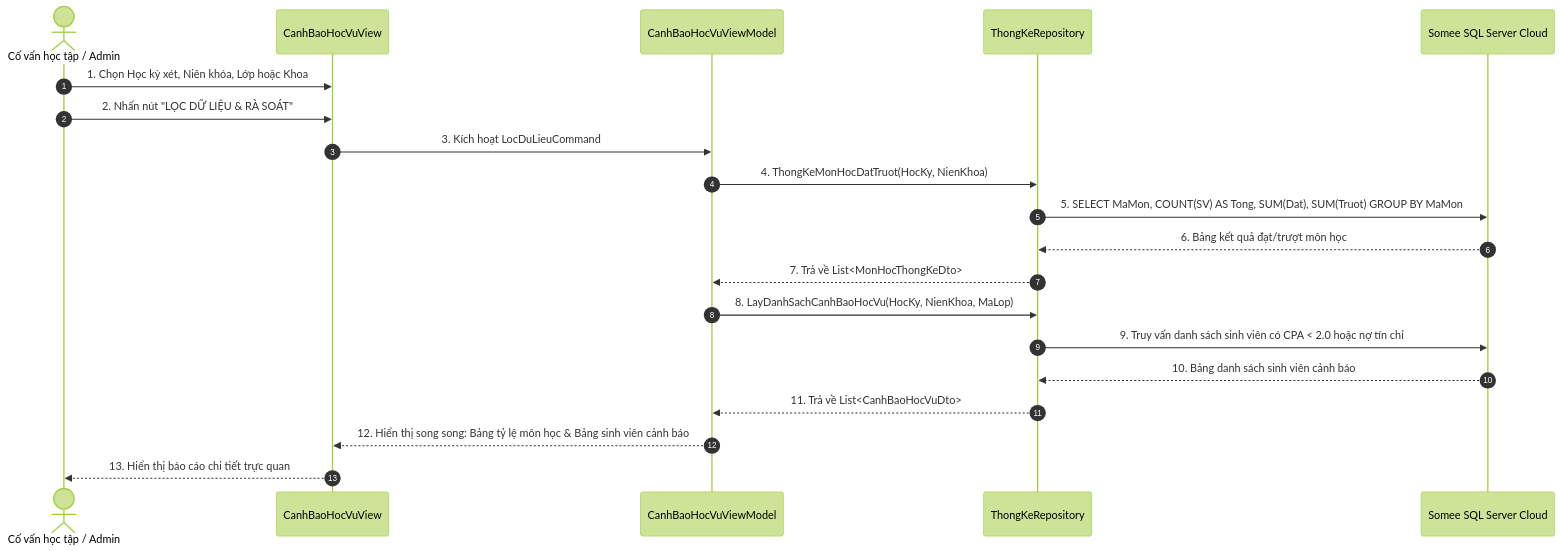
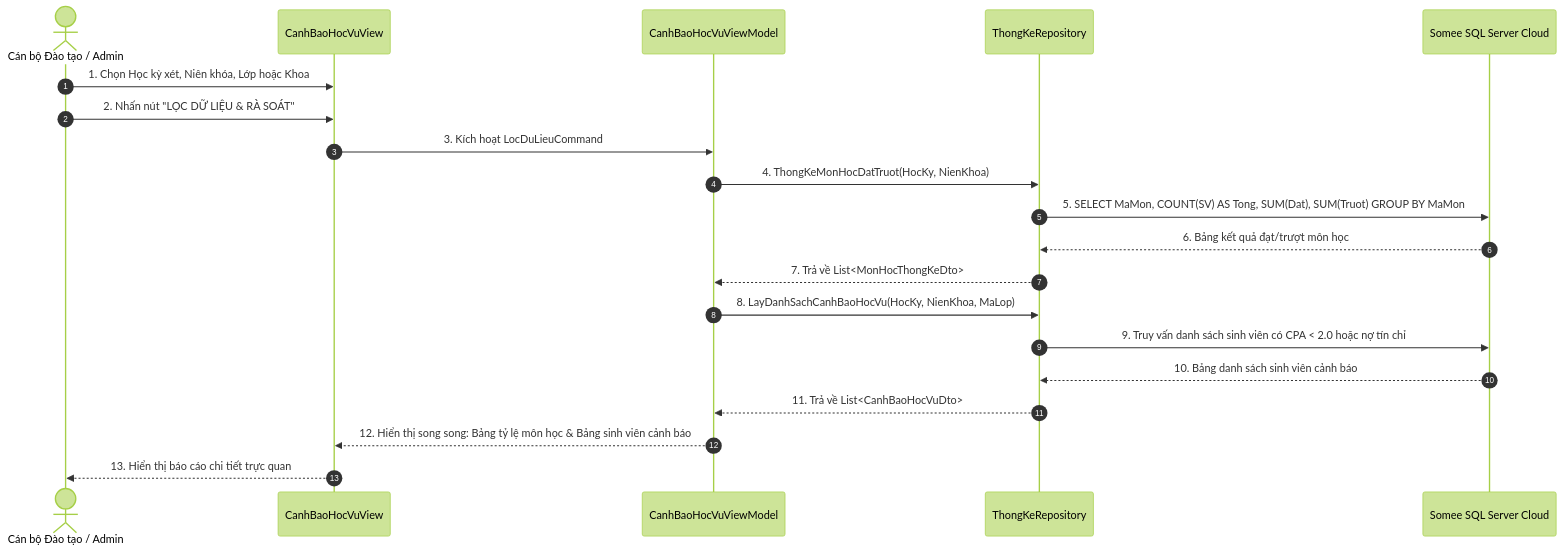
One commit to ngthanhs1/STUDENT_RESULT_ANALYTICS changed diagram 13 of 15 in BAO_CAO_BAI_TAP_LON_STUDENT_RESULT_ANALYTICS.md. Above: the diagram before and after it, drawn with Mermaid (forest theme). The commit also changed other lines of this file and 5 other files, not shown here.

````diff
--- a/BAO_CAO_BAI_TAP_LON_STUDENT_RESULT_ANALYTICS.md
+++ b/BAO_CAO_BAI_TAP_LON_STUDENT_RESULT_ANALYTICS.md
@@ -918,23 +885,23 @@
 ```mermaid
 sequenceDiagram
     autonumber
-    actor CVHT as Cố vấn học tập / Admin
+    actor Staff as Cán bộ Đào tạo / Admin
     participant View as CanhBaoHocVuView
     participant VM as CanhBaoHocVuViewModel
     participant Repo as ThongKeRepository
     participant DB as Somee SQL Server Cloud
 
-    CVHT->>View: 1. Chọn Học kỳ xét, Niên khóa, Lớp hoặc Khoa
-    CVHT->>View: 2. Nhấn nút "LỌC DỮ LIỆU & RÀ SOÁT"
+    Staff->>View: 1. Chọn Học kỳ xét, Niên khóa, Lớp hoặc Khoa
+    Staff->>View: 2. Nhấn nút "LỌC DỮ LIỆU & RÀ SOÁT"
     View->>VM: 3. Kích hoạt LocDuLieuCommand
     VM->>Repo: 4. ThongKeMonHocDatTruot(HocKy, NienKhoa)
     Repo->>DB: 5. SELECT MaMon, COUNT(SV) AS Tong, SUM(Dat), SUM(Truot) GROUP BY MaMon
     DB-->>Repo: 6. Bảng kết quả đạt/trượt môn học
     Repo-->>VM: 7. Trả về List<MonHocThongKeDto>
     VM->>Repo: 8. LayDanhSachCanhBaoHocVu(HocKy, NienKhoa, MaLop)
     Repo->>DB: 9. Truy vấn danh sách sinh viên có CPA < 2.0 hoặc nợ tín chỉ
     DB-->>Repo: 10. Bảng danh sách sinh viên cảnh báo
     Repo-->>VM: 11. Trả về List<CanhBaoHocVuDto>
     VM-->>View: 12. Hiển thị song song: Bảng tỷ lệ môn học & Bảng sinh viên cảnh báo
-    View-->>CVHT: 13. Hiển thị báo cáo chi tiết trực quan
+    View-->>Staff: 13. Hiển thị báo cáo chi tiết trực quan
 ```
````
